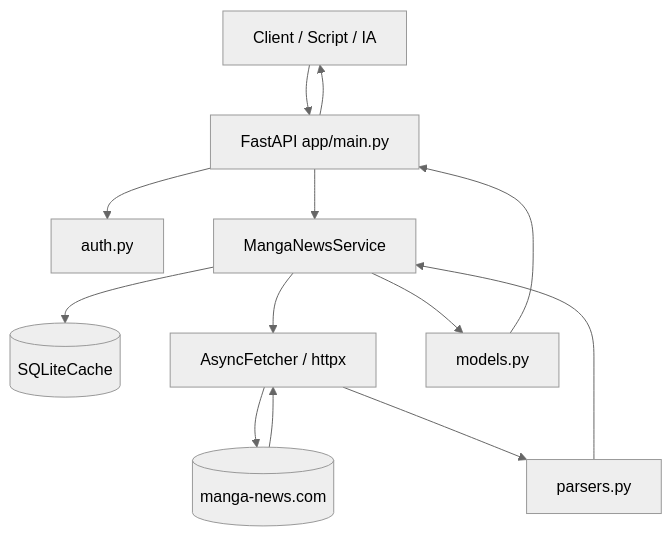
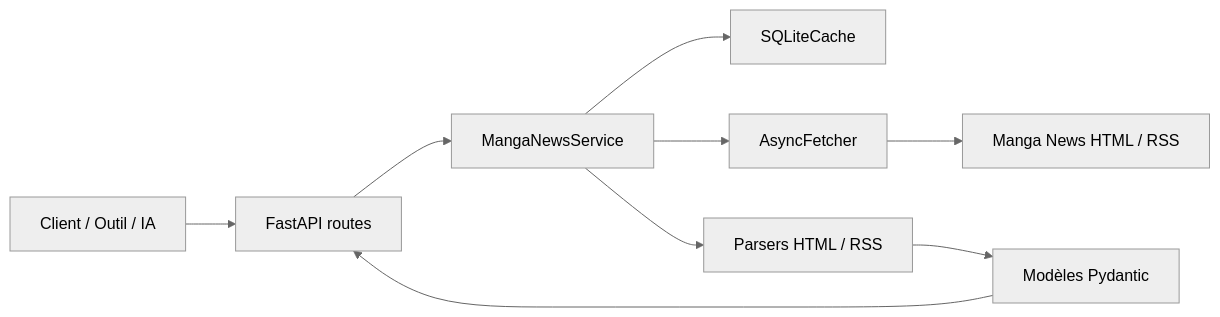
The first of 2 diagrams in docs/ARCHITECTURE.md (Hitman47/APIManga_News), drawn with Mermaid (neutral theme) before and after one commit. The commit also changed other lines of this file and 20 other files, not shown here.

````diff
--- a/docs/ARCHITECTURE.md
+++ b/docs/ARCHITECTURE.md
@@ -7,15 +7,11 @@
 ```mermaid
-flowchart TD
-    Client[Client / Script / IA] --> FastAPI[FastAPI app/main.py]
-    FastAPI --> Auth[auth.py]
-    FastAPI --> Service[MangaNewsService]
-    Service --> Cache[(SQLiteCache)]
-    Service --> Fetcher[AsyncFetcher / httpx]
-    Fetcher --> Upstream[(manga-news.com)]
-    Upstream --> Fetcher
-    Fetcher --> Parsers[parsers.py]
-    Parsers --> Service
-    Service --> Models[models.py]
-    Models --> FastAPI
-    FastAPI --> Client
+flowchart LR
+    C[Client / Outil / IA] --> A[FastAPI routes]
+    A --> B[MangaNewsService]
+    B --> D[SQLiteCache]
+    B --> E[AsyncFetcher]
+    E --> F[Manga News HTML / RSS]
+    B --> G[Parsers HTML / RSS]
+    G --> H[Modèles Pydantic]
+    H --> A
 ```
````
